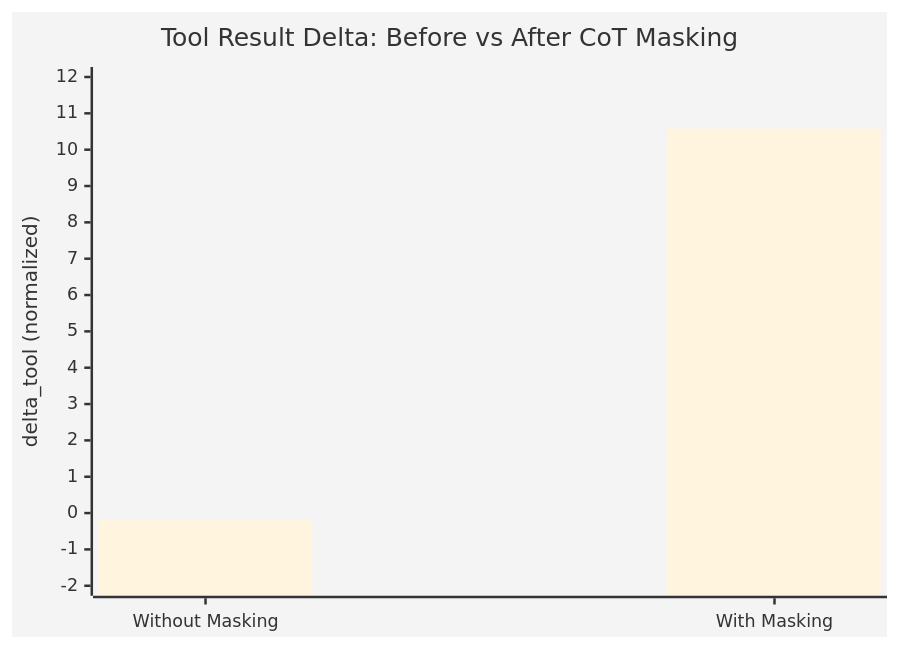
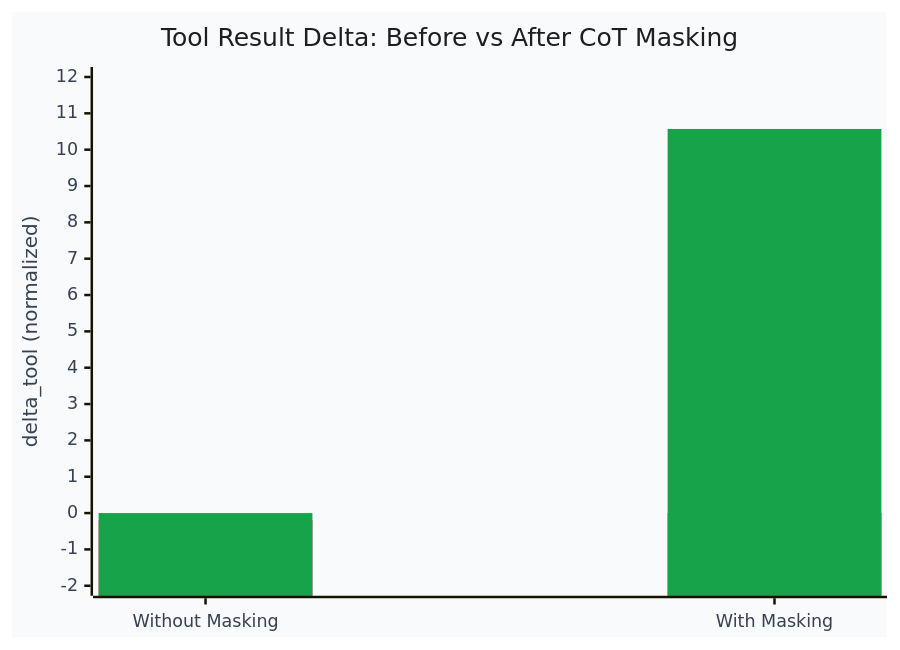
The third of 3 diagrams in docs/multi-turn-cot-masking.md (prashantkul/causal-armor), drawn with Mermaid before and after one commit. The commit also changed other lines of this file and 1 other file, not shown here.

First line of the commit message:
Add user-facing CoT propagation doc with colorful Mermaid diagrams

````diff
--- a/docs/multi-turn-cot-masking.md
+++ b/docs/multi-turn-cot-masking.md
@@ -111,8 +135,19 @@
 ```mermaid
-%%{init: {'theme': 'base', 'themeVariables': { 'primaryColor': '#4ecdc4'}}}%%
+%%{init: {'theme': 'base', 'themeVariables': {
+    'xyChart': {
+        'plotColorPalette': '#dc2626, #16a34a',
+        'titleColor': '#1e1e1e',
+        'xAxisLabelColor': '#374151',
+        'xAxisTitleColor': '#374151',
+        'yAxisLabelColor': '#374151',
+        'yAxisTitleColor': '#374151',
+        'backgroundColor': '#f8fafc'
+    }
+}}}%%
 xychart-beta
     title "Tool Result Delta: Before vs After CoT Masking"
     x-axis ["Without Masking", "With Masking"]
     y-axis "delta_tool (normalized)" -2 --> 12
-    bar [-0.1963, 10.5699]
+    bar [-0.1963, 0]
+    bar [0, 10.5699]
 ```
````
